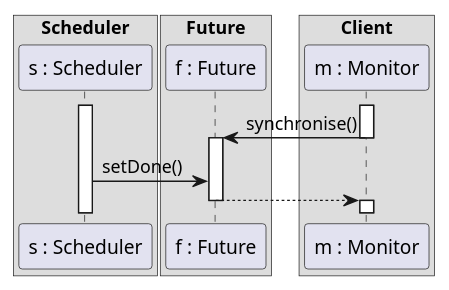
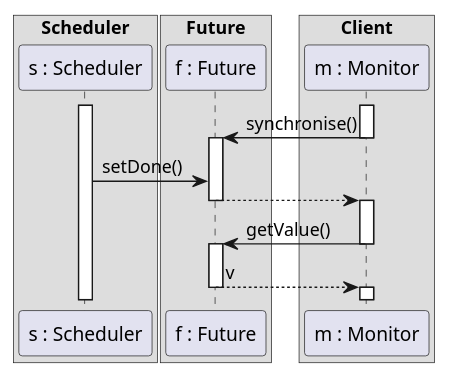
Before and after one commit to malahx/ISTIC: the diagram in AOC/TP1/getValueAsync3.puml, drawn with PlantUML. The commit also changed 4 other files, not shown here.

Commit message:
corrected get value

```diff
--- a/AOC/TP1/getValueAsync3.puml
+++ b/AOC/TP1/getValueAsync3.puml
@@ -1,21 +1,27 @@
 @startuml
 box "Scheduler"
     participant "s : Scheduler" as s
 end box
 box "Future"
     participant "f : Future" as f
 end box
 box "Client"
     participant "m : Monitor" as m
 end box
 
 activate s
 activate m
 m -> f: synchronise()
 deactivate m
 activate f
 s -> f: setDone()
 f --> m
 deactivate f
 activate m
+m -> f: getValue()
+deactivate m
+activate f
+f --> m: v
+deactivate f
+activate m
 @enduml
```
